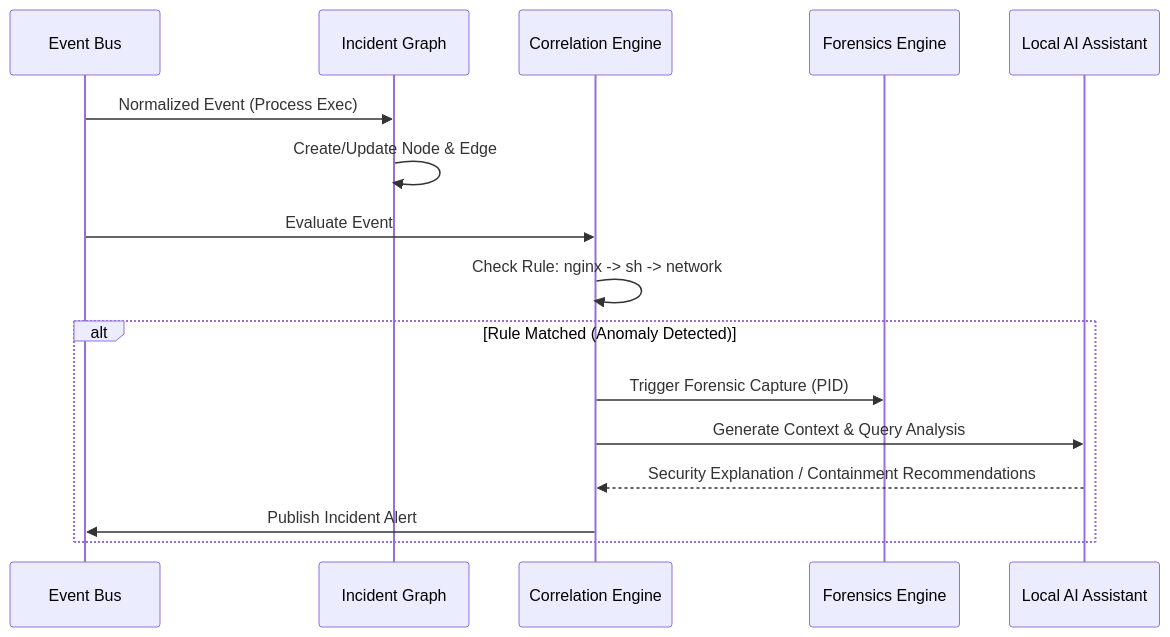
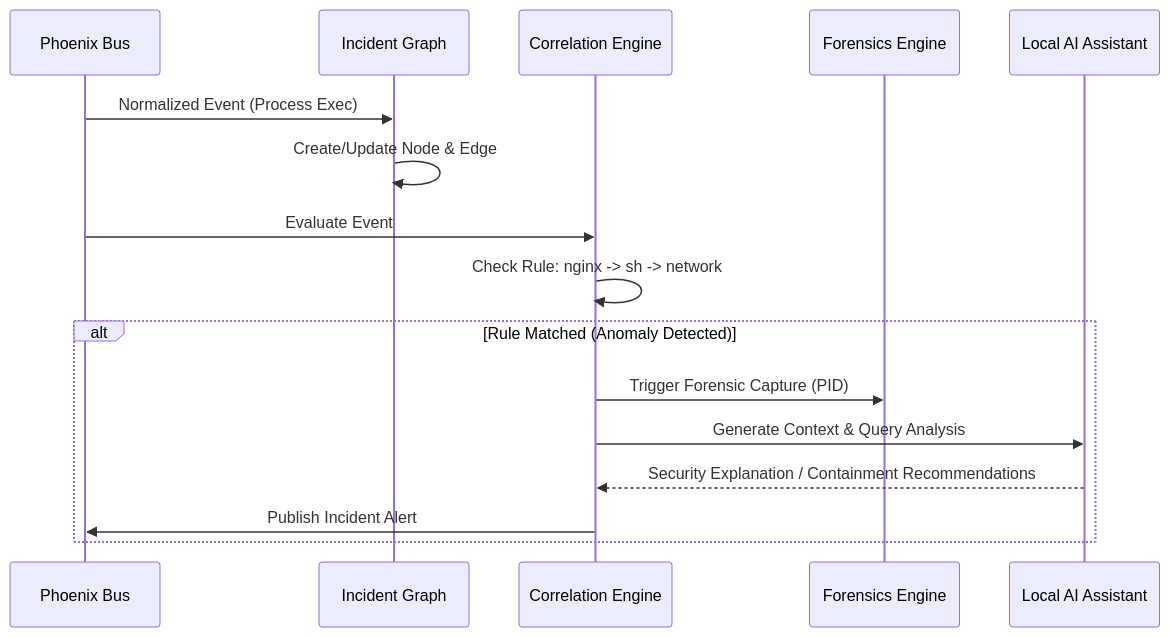
The diagram in 02_docs/rfc/RFC-004_ai_correlator.md (fallofpheonix/OS), drawn with Mermaid before and after one commit. The commit also changed other lines of this file and 153 other files, not shown here.

````diff
--- a/02_docs/rfc/RFC-004_ai_correlator.md
+++ b/02_docs/rfc/RFC-004_ai_correlator.md
@@ -23,19 +23,19 @@
 ```mermaid
 sequenceDiagram
-    participant EB as Event Bus
+    participant EB as Phoenix Bus
     participant IG as Incident Graph
     participant CE as Correlation Engine
     participant FE as Forensics Engine
     participant AI as Local AI Assistant
 
     EB->>IG: Normalized Event (Process Exec)
     IG->>IG: Create/Update Node & Edge
     EB->>CE: Evaluate Event
     CE->>CE: Check Rule: nginx -> sh -> network
     alt Rule Matched (Anomaly Detected)
         CE->>FE: Trigger Forensic Capture (PID)
         CE->>AI: Generate Context & Query Analysis
         AI-->>CE: Security Explanation / Containment Recommendations
         CE->>EB: Publish Incident Alert
     end
 ```
````
